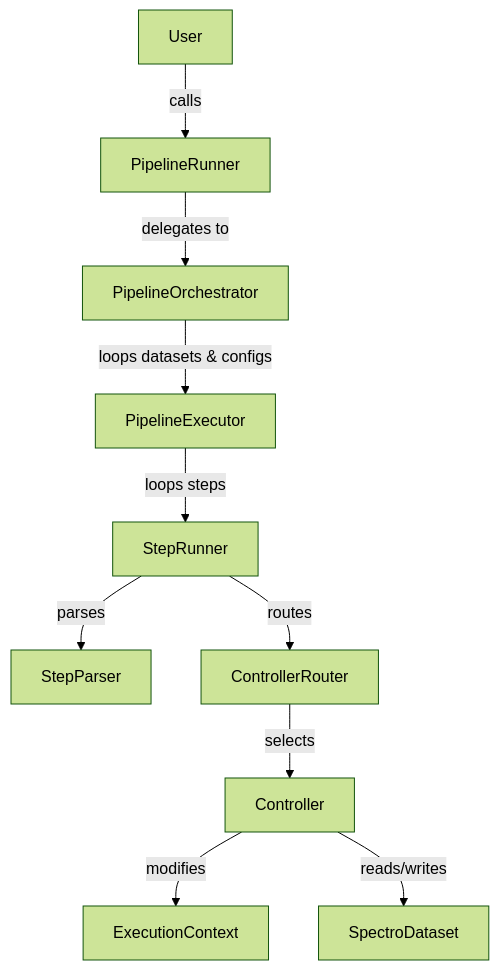
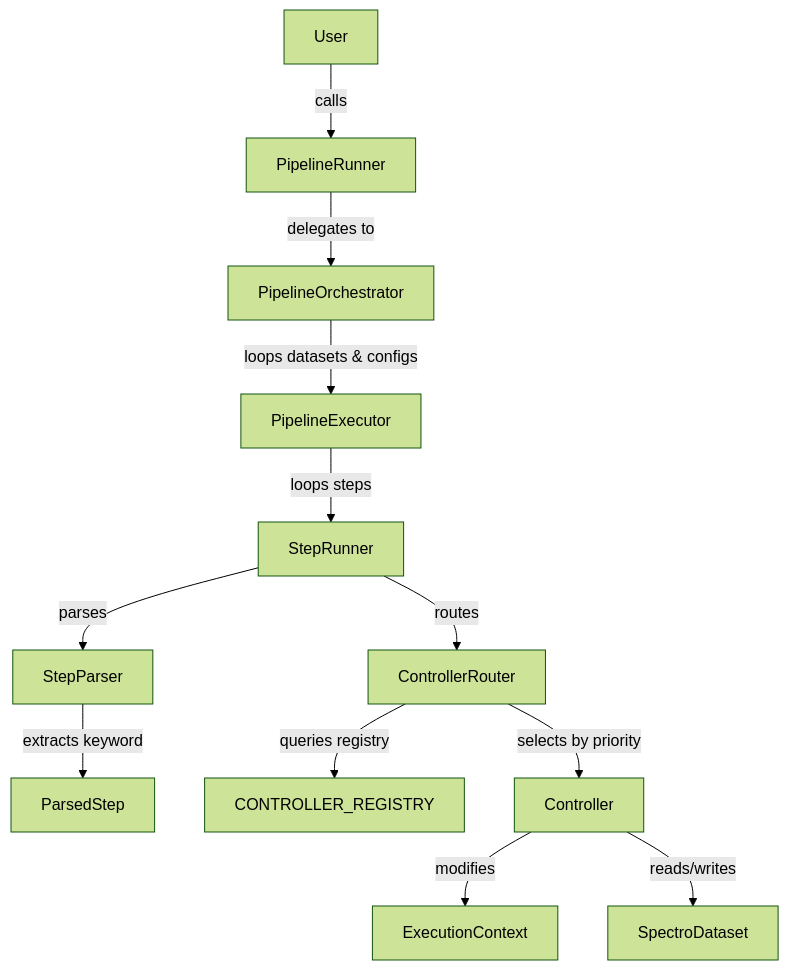
The diagram in docs/explanations/pipeline_architecture.md (GBeurier/nirs4all), drawn with Mermaid (forest theme) before and after one commit. The commit also changed other lines of this file and 10 other files, not shown here.

````diff
--- a/docs/explanations/pipeline_architecture.md
+++ b/docs/explanations/pipeline_architecture.md
@@ -65,12 +86,14 @@
 ```mermaid
 graph TD
     User -->|calls| Runner[PipelineRunner]
     Runner -->|delegates to| Orch[PipelineOrchestrator]
     Orch -->|loops datasets & configs| Exec[PipelineExecutor]
     Exec -->|loops steps| StepRun[StepRunner]
     StepRun -->|parses| Parser[StepParser]
+    Parser -->|extracts keyword| ParsedStep[ParsedStep]
     StepRun -->|routes| Router[ControllerRouter]
-    Router -->|selects| Ctrl[Controller]
+    Router -->|queries registry| Reg[CONTROLLER_REGISTRY]
+    Router -->|selects by priority| Ctrl[Controller]
     Ctrl -->|modifies| Context[ExecutionContext]
     Ctrl -->|reads/writes| Data[SpectroDataset]
 ```
````
